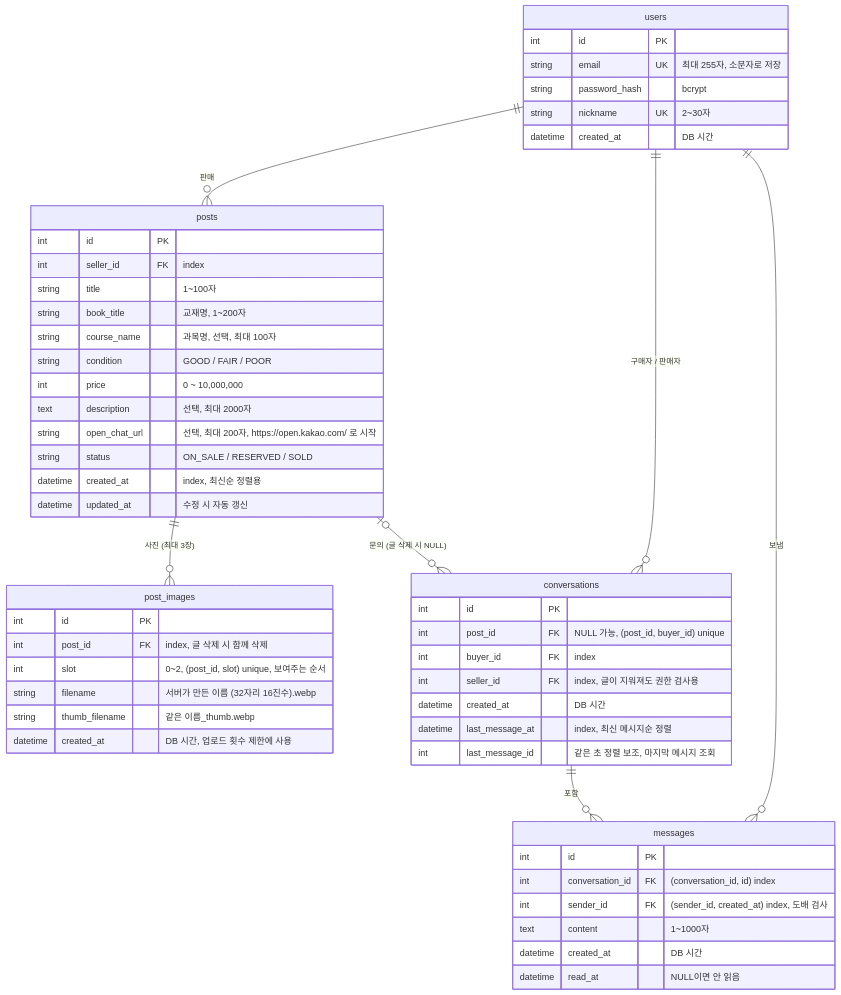
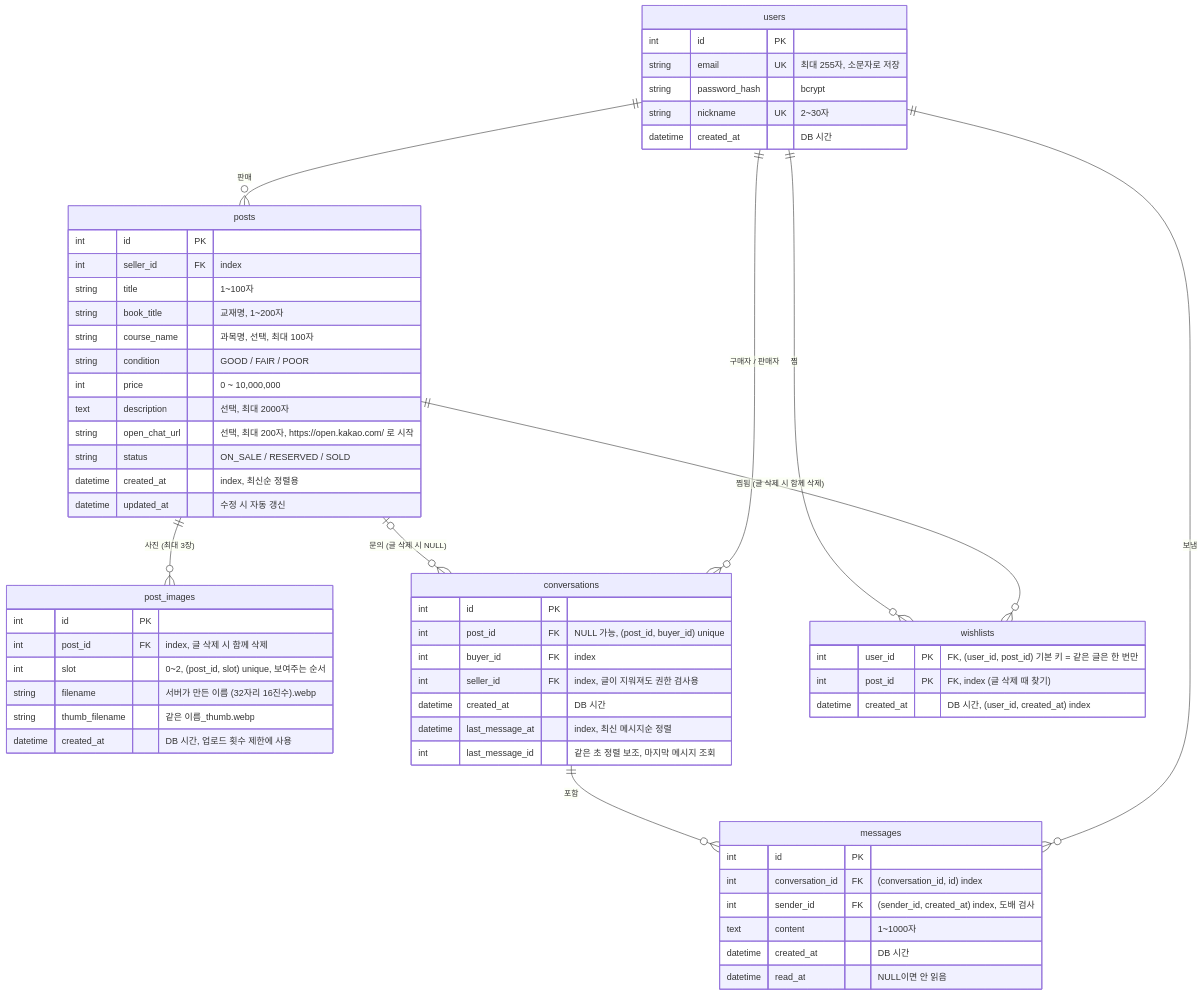
One commit to kim123-dev/campus-books changed the second of 3 diagrams in README.md. Above: the diagram before and after it, drawn with Mermaid. The commit also changed other lines of this file and 22 other files, not shown here.

````diff
--- a/README.md
+++ b/README.md
@@ -191,60 +196,68 @@
 ```mermaid
 erDiagram
     users ||--o{ posts : "판매"
     posts ||--o{ post_images : "사진 (최대 3장)"
     posts |o--o{ conversations : "문의 (글 삭제 시 NULL)"
     users ||--o{ conversations : "구매자 / 판매자"
     conversations ||--o{ messages : "포함"
     users ||--o{ messages : "보냄"
+    users ||--o{ wishlists : "찜"
+    posts ||--o{ wishlists : "찜됨 (글 삭제 시 함께 삭제)"
 
     users {
         int id PK
         string email UK "최대 255자, 소문자로 저장"
         string password_hash "bcrypt"
         string nickname UK "2~30자"
         datetime created_at "DB 시간"
     }
 
     posts {
         int id PK
         int seller_id FK "index"
         string title "1~100자"
         string book_title "교재명, 1~200자"
         string course_name "과목명, 선택, 최대 100자"
         string condition "GOOD / FAIR / POOR"
         int price "0 ~ 10,000,000"
         text description "선택, 최대 2000자"
         string open_chat_url "선택, 최대 200자, https://open.kakao.com/ 로 시작"
         string status "ON_SALE / RESERVED / SOLD"
         datetime created_at "index, 최신순 정렬용"
         datetime updated_at "수정 시 자동 갱신"
     }
 
     post_images {
         int id PK
         int post_id FK "index, 글 삭제 시 함께 삭제"
         int slot "0~2, (post_id, slot) unique, 보여주는 순서"
         string filename "서버가 만든 이름 (32자리 16진수).webp"
         string thumb_filename "같은 이름_thumb.webp"
         datetime created_at "DB 시간, 업로드 횟수 제한에 사용"
     }
 
     conversations {
         int id PK
         int post_id FK "NULL 가능, (post_id, buyer_id) unique"
         int buyer_id FK "index"
         int seller_id FK "index, 글이 지워져도 권한 검사용"
         datetime created_at "DB 시간"
         datetime last_message_at "index, 최신 메시지순 정렬"
         int last_message_id "같은 초 정렬 보조, 마지막 메시지 조회"
     }
 
+    wishlists {
+        int user_id PK "FK, (user_id, post_id) 기본 키 = 같은 글은 한 번만"
+        int post_id PK "FK, index (글 삭제 때 찾기)"
+        datetime created_at "DB 시간, (user_id, created_at) index"
+    }
+
     messages {
         int id PK
         int conversation_id FK "(conversation_id, id) index"
         int sender_id FK "(sender_id, created_at) index, 도배 검사"
         text content "1~1000자"
         datetime created_at "DB 시간"
         datetime read_at "NULL이면 안 읽음"
     }
 ```
````
